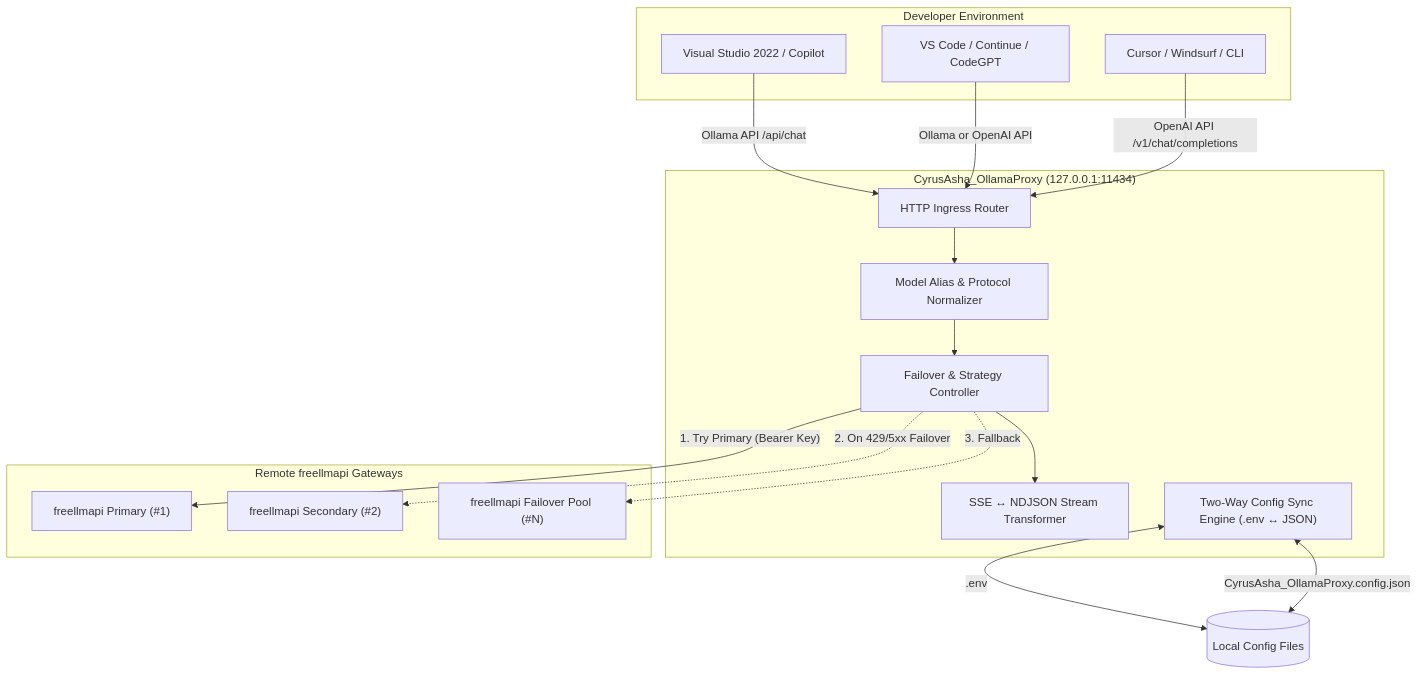
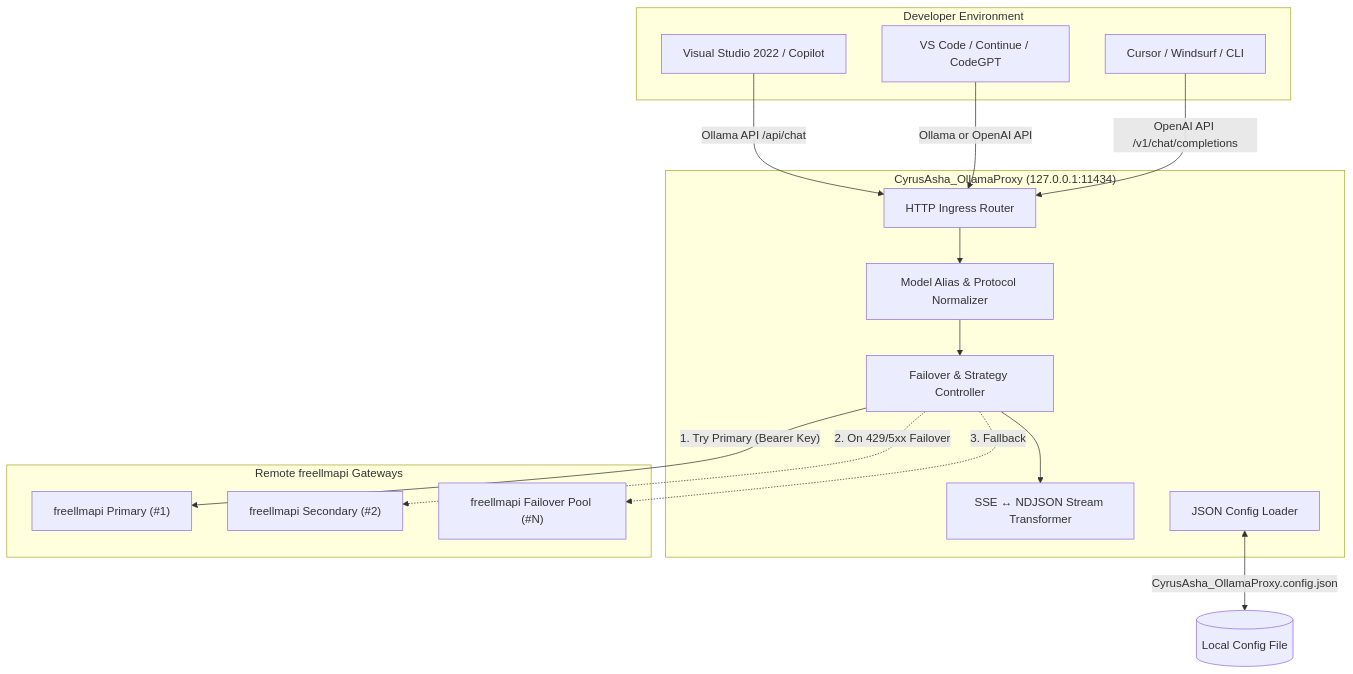
Before and after one commit to hamzeh-asadi/CyrusAsha_OllamaProxy: the first of 2 diagrams in README.md, drawn with Mermaid. The commit also changed other lines of this file and 12 other files, not shown here.

First line of the commit message:
feat!: single JSON config and per-upstream model routing

````diff
--- a/README.md
+++ b/README.md
@@ -80,37 +120,36 @@
 ```mermaid
 flowchart TD
     subgraph Client["Developer Environment"]
         VS["Visual Studio 2022 / Copilot"]
         VSC["VS Code / Continue / CodeGPT"]
         CUR["Cursor / Windsurf / CLI"]
     end
 
     subgraph Proxy["CyrusAsha_OllamaProxy (127.0.0.1:11434)"]
         Router["HTTP Ingress Router"]
         Mapper["Model Alias & Protocol Normalizer"]
         Failover["Failover & Strategy Controller"]
         StreamEngine["SSE ↔ NDJSON Stream Transformer"]
-        SyncEngine["Two-Way Config Sync Engine (.env ↔ JSON)"]
+        ConfigLoader["JSON Config Loader"]
     end
 
     subgraph Upstreams["Remote freellmapi Gateways"]
         U1["freellmapi Primary (#1)"]
         U2["freellmapi Secondary (#2)"]
         UN["freellmapi Failover Pool (#N)"]
     end
 
     VS -->|Ollama API /api/chat| Router
     VSC -->|Ollama or OpenAI API| Router
     CUR -->|OpenAI API /v1/chat/completions| Router
 
     Router --> Mapper
     Mapper --> Failover
     Failover --> StreamEngine
 
     Failover -->|"1. Try Primary (Bearer Key)"| U1
     Failover -.->|"2. On 429/5xx Failover"| U2
     Failover -.->|"3. Fallback"| UN
 
-    SyncEngine <-->|".env"| ConfigFiles[("Local Config Files")]
-    SyncEngine <-->|"CyrusAsha_OllamaProxy.config.json"| ConfigFiles
+    ConfigLoader <-->|"CyrusAsha_OllamaProxy.config.json"| ConfigFile[("Local Config File")]
 ```
````
